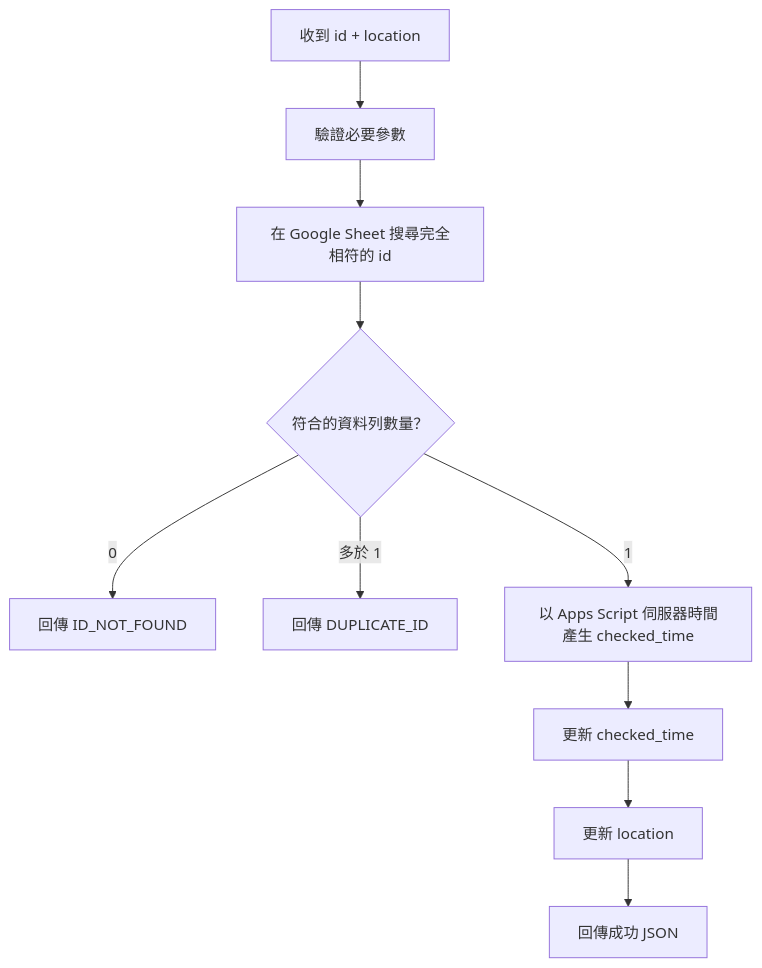
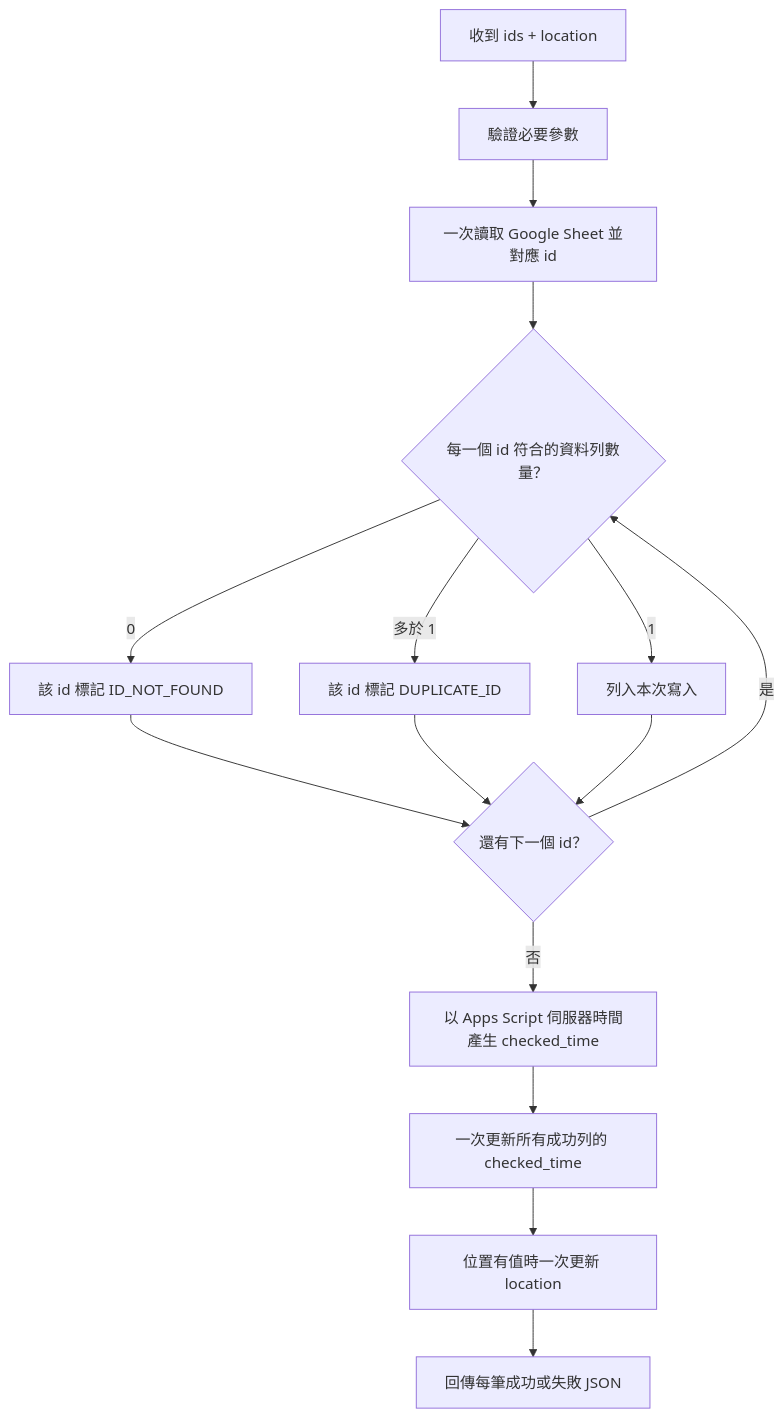
Before and after one commit to pulipulichen/Mobile-Inventory-Scanner: the third of 5 diagrams in docs/architecture.md, drawn with Mermaid. The commit also changed other lines of this file and 10 other files, not shown here.

````diff
--- a/docs/architecture.md
+++ b/docs/architecture.md
@@ -149,12 +151,17 @@
 ```mermaid
 flowchart TB
-    A["收到 id + location"] --> B["驗證必要參數"]
-    B --> C["在 Google Sheet 搜尋完全相符的 id"]
-    C --> D{"符合的資料列數量？"}
-    D -->|"0"| E["回傳 ID_NOT_FOUND"]
-    D -->|"多於 1"| F["回傳 DUPLICATE_ID"]
-    D -->|"1"| G["以 Apps Script 伺服器時間產生 checked_time"]
-    G --> H["更新 checked_time"]
-    H --> I["更新 location"]
-    I --> J["回傳成功 JSON"]
+    A["收到 ids + location"] --> B["驗證必要參數"]
+    B --> C["一次讀取 Google Sheet 並對應 id"]
+    C --> D{"每一個 id 符合的資料列數量？"}
+    D -->|"0"| E["該 id 標記 ID_NOT_FOUND"]
+    D -->|"多於 1"| F["該 id 標記 DUPLICATE_ID"]
+    D -->|"1"| G["列入本次寫入"]
+    E --> H{"還有下一個 id？"}
+    F --> H
+    G --> H
+    H -->|"是"| D
+    H -->|"否"| I["以 Apps Script 伺服器時間產生 checked_time"]
+    I --> J["一次更新所有成功列的 checked_time"]
+    J --> K["位置有值時一次更新 location"]
+    K --> L["回傳每筆成功或失敗 JSON"]
 ```
````
